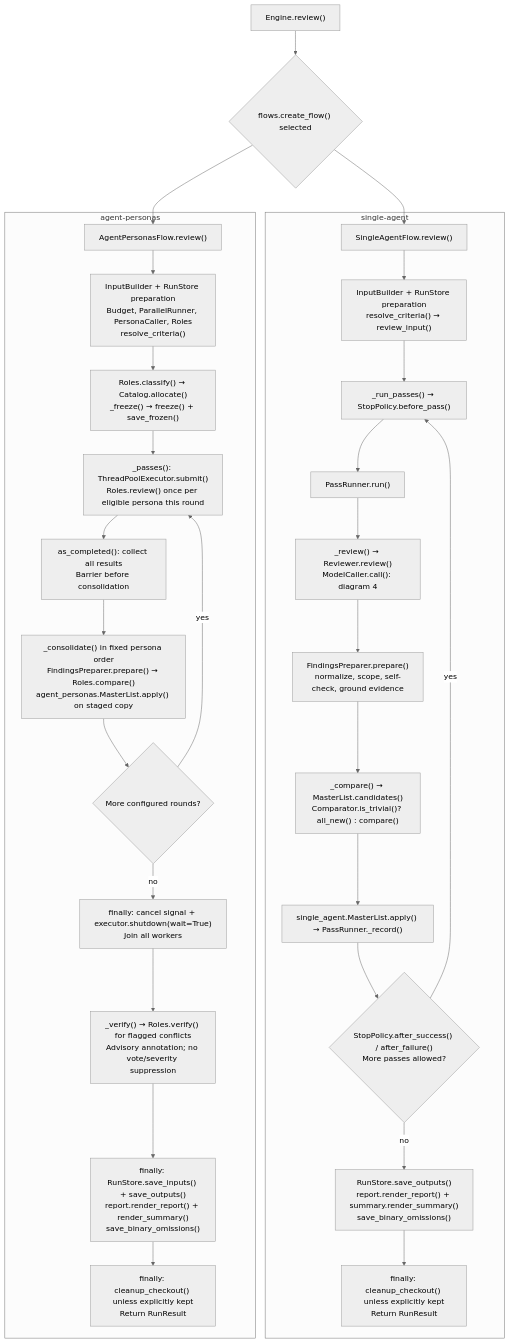
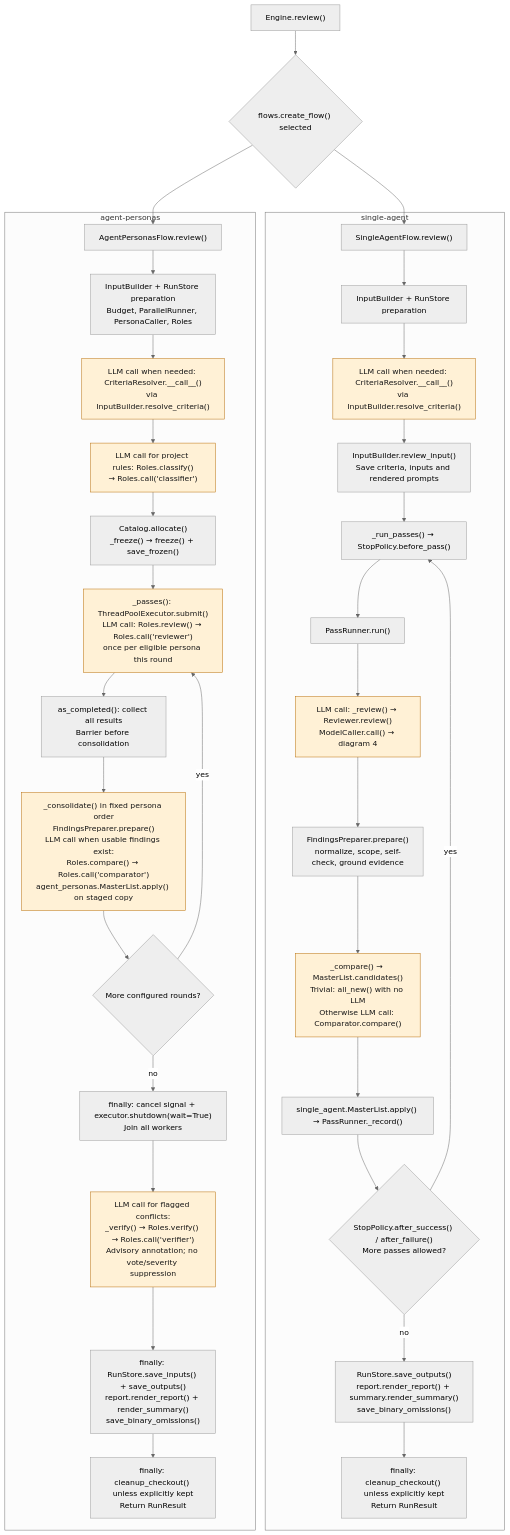
Before and after one commit to sskelkar/code-reviewer: the third of 6 diagrams in docs/project-explainer.md, drawn with Mermaid (neutral theme). The commit also changed other lines of this file, not shown here.

Commit message:
Show concrete LLM invocation paths in explainer diagrams

````diff
--- a/docs/project-explainer.md
+++ b/docs/project-explainer.md
@@ -109,34 +116,40 @@
 ```mermaid
 flowchart TD
     SELECT["Engine.review()"] --> MODE{"flows.create_flow() selected"}
     MODE --> SINGLE["SingleAgentFlow.review()"]
     MODE --> PERSONAS["AgentPersonasFlow.review()"]
 
     subgraph Single["single-agent"]
-        SINGLE --> SI["InputBuilder + RunStore preparation<br/>resolve_criteria() → review_input()"]
-        SI --> SP["_run_passes() → StopPolicy.before_pass()"]
+        SINGLE --> SI["InputBuilder + RunStore preparation"]
+        SI --> SRES["LLM call when needed: CriteriaResolver.__call__()<br/>via InputBuilder.resolve_criteria()"]
+        SRES --> SINPUT["InputBuilder.review_input()<br/>Save criteria, inputs and rendered prompts"]
+        SINPUT --> SP["_run_passes() → StopPolicy.before_pass()"]
         SP --> PASS["PassRunner.run()"]
-        PASS --> SR["_review() → Reviewer.review()<br/>ModelCaller.call(): diagram 4"]
+        PASS --> SR["LLM call: _review() → Reviewer.review()<br/>ModelCaller.call() → diagram 4"]
         SR --> SG["FindingsPreparer.prepare()<br/>normalize, scope, self-check, ground evidence"]
-        SG --> SC["_compare() → MasterList.candidates()<br/>Comparator.is_trivial()? all_new() : compare()"]
+        SG --> SC["_compare() → MasterList.candidates()<br/>Trivial: all_new() with no LLM<br/>Otherwise LLM call: Comparator.compare()"]
         SC --> SM["single_agent.MasterList.apply() → PassRunner._record()"]
         SM --> SS{"StopPolicy.after_success() / after_failure()<br/>More passes allowed?"}
         SS -->|yes| SP
         SS -->|no| SO["RunStore.save_outputs()<br/>report.render_report() + summary.render_summary()<br/>save_binary_omissions()"]
         SO --> SF["finally: cleanup_checkout() unless explicitly kept<br/>Return RunResult"]
     end
 
     subgraph Personas["agent-personas"]
-        PERSONAS --> PI["InputBuilder + RunStore preparation<br/>Budget, ParallelRunner, PersonaCaller, Roles<br/>resolve_criteria()"]
-        PI --> ROUTE["Roles.classify() → Catalog.allocate()<br/>_freeze() → freeze() + save_frozen()"]
-        ROUTE --> ROUNDS["_passes(): ThreadPoolExecutor.submit()<br/>Roles.review() once per eligible persona this round"]
+        PERSONAS --> PI["InputBuilder + RunStore preparation<br/>Budget, ParallelRunner, PersonaCaller, Roles"]
+        PI --> PRES["LLM call when needed: CriteriaResolver.__call__()<br/>via InputBuilder.resolve_criteria()"]
+        PRES --> CLASSIFY["LLM call for project rules: Roles.classify()<br/>→ Roles.call('classifier')"]
+        CLASSIFY --> ROUTE["Catalog.allocate()<br/>_freeze() → freeze() + save_frozen()"]
+        ROUTE --> ROUNDS["_passes(): ThreadPoolExecutor.submit()<br/>LLM call: Roles.review() → Roles.call('reviewer')<br/>once per eligible persona this round"]
         ROUNDS --> BARRIER["as_completed(): collect all results<br/>Barrier before consolidation"]
-        BARRIER --> MERGE["_consolidate() in fixed persona order<br/>FindingsPreparer.prepare() → Roles.compare()<br/>agent_personas.MasterList.apply() on staged copy"]
+        BARRIER --> MERGE["_consolidate() in fixed persona order<br/>FindingsPreparer.prepare()<br/>LLM call when usable findings exist:<br/>Roles.compare() → Roles.call('comparator')<br/>agent_personas.MasterList.apply() on staged copy"]
         MERGE --> NEXT{"More configured rounds?"}
         NEXT -->|yes| ROUNDS
         NEXT -->|no| JOIN["finally: cancel signal + executor.shutdown(wait=True)<br/>Join all workers"]
-        JOIN --> VERIFY["_verify() → Roles.verify() for flagged conflicts<br/>Advisory annotation; no vote/severity suppression"]
+        JOIN --> VERIFY["LLM call for flagged conflicts:<br/>_verify() → Roles.verify() → Roles.call('verifier')<br/>Advisory annotation; no vote/severity suppression"]
         VERIFY --> PO["finally: RunStore.save_inputs() + save_outputs()<br/>report.render_report() + render_summary()<br/>save_binary_omissions()"]
         PO --> PF["finally: cleanup_checkout() unless explicitly kept<br/>Return RunResult"]
     end
+    classDef llm fill:#fff1d6,stroke:#b76b00,color:#171717
+    class SRES,SR,SC,PRES,CLASSIFY,ROUNDS,MERGE,VERIFY llm
 ```
````
